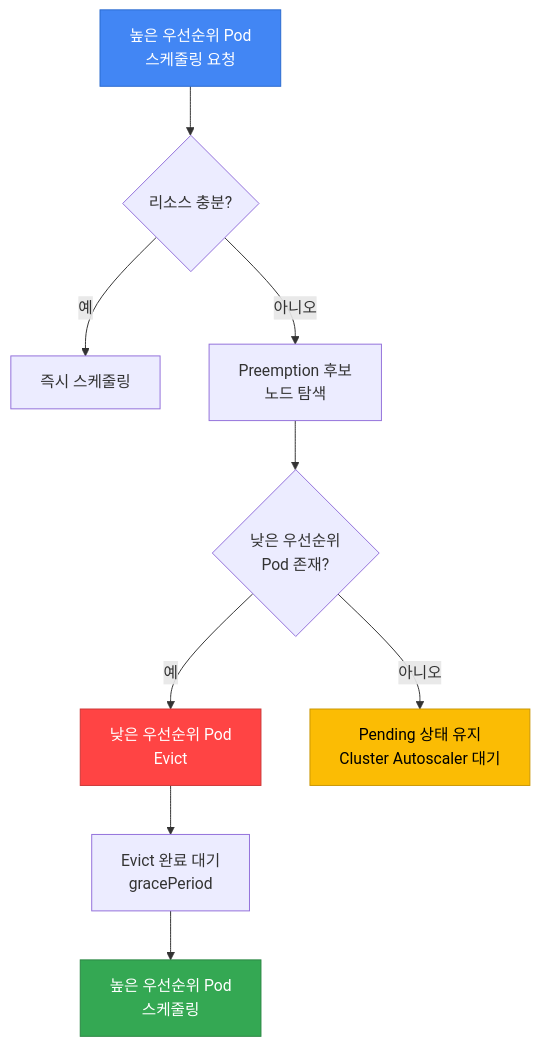
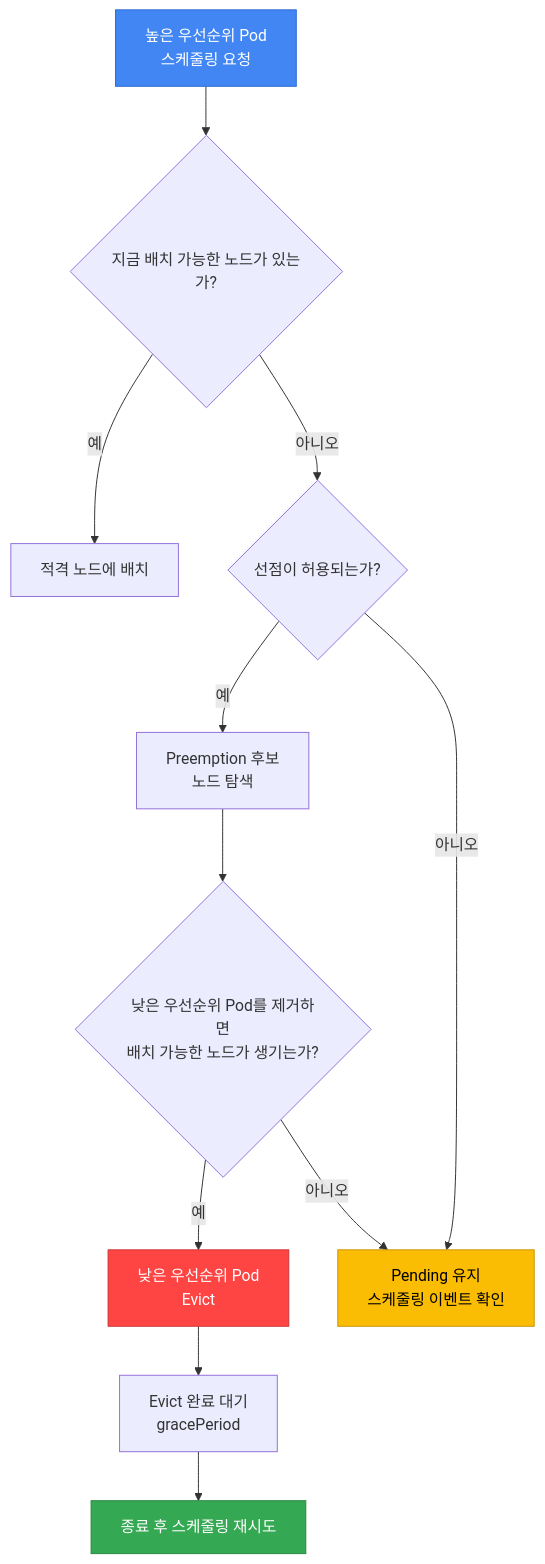
The third of 12 diagrams in i18n/ko/docusaurus-plugin-content-docs/current/eks-best-practices/operations-reliability/eks-pod-scheduling-availability.md (devfloor9/engineering-playbook), drawn with Mermaid before and after one commit. The commit also changed other lines of this file and 123 other files, not shown here.

````diff
--- a/i18n/ko/docusaurus-plugin-content-docs/current/eks-best-practices/operations-reliability/eks-pod-scheduling-availability.md
+++ b/i18n/ko/docusaurus-plugin-content-docs/current/eks-best-practices/operations-reliability/eks-pod-scheduling-availability.md
@@ -2140,26 +2151,29 @@
 ```mermaid
 flowchart TB
     START[높은 우선순위 Pod<br/>스케줄링 요청]
-    CHECK{리소스 충분?}
-    SCHEDULE[즉시 스케줄링]
+    CHECK{지금 배치 가능한 노드가 있는가?}
+    SCHEDULE[적격 노드에 배치]
+    POLICY{선점이 허용되는가?}
     FIND[Preemption 후보<br/>노드 탐색]
-    CANDIDATE{낮은 우선순위<br/>Pod 존재?}
+    CANDIDATE{낮은 우선순위 Pod를 제거하면<br/>배치 가능한 노드가 생기는가?}
     EVICT[낮은 우선순위 Pod<br/>Evict]
     WAIT[Evict 완료 대기<br/>gracePeriod]
-    BIND[높은 우선순위 Pod<br/>스케줄링]
-    PENDING[Pending 상태 유지<br/>Cluster Autoscaler 대기]
+    BIND[종료 후 스케줄링 재시도]
+    PENDING[Pending 유지<br/>스케줄링 이벤트 확인]
 
     START --> CHECK
     CHECK -->|예| SCHEDULE
-    CHECK -->|아니오| FIND
+    CHECK -->|아니오| POLICY
+    POLICY -->|예| FIND
+    POLICY -->|아니오| PENDING
     FIND --> CANDIDATE
     CANDIDATE -->|예| EVICT
     CANDIDATE -->|아니오| PENDING
     EVICT --> WAIT
     WAIT --> BIND
 
     style START fill:#4286f4,stroke:#2a6acf,color:#fff
     style EVICT fill:#ff4444,stroke:#cc3636,color:#fff
     style BIND fill:#34a853,stroke:#2a8642,color:#fff
     style PENDING fill:#fbbc04,stroke:#c99603,color:#000
 ```
````
